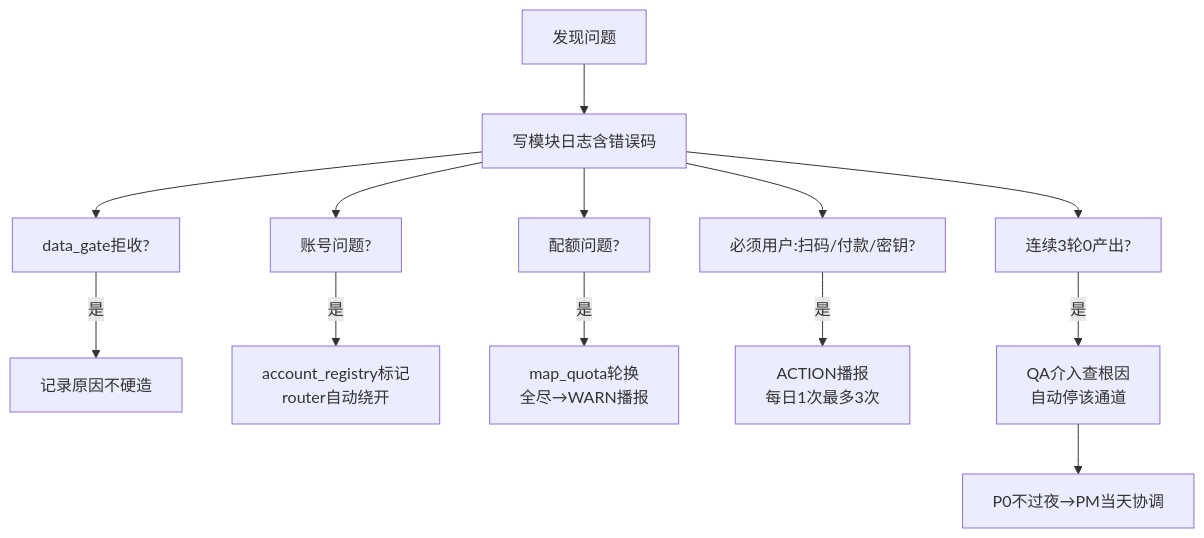
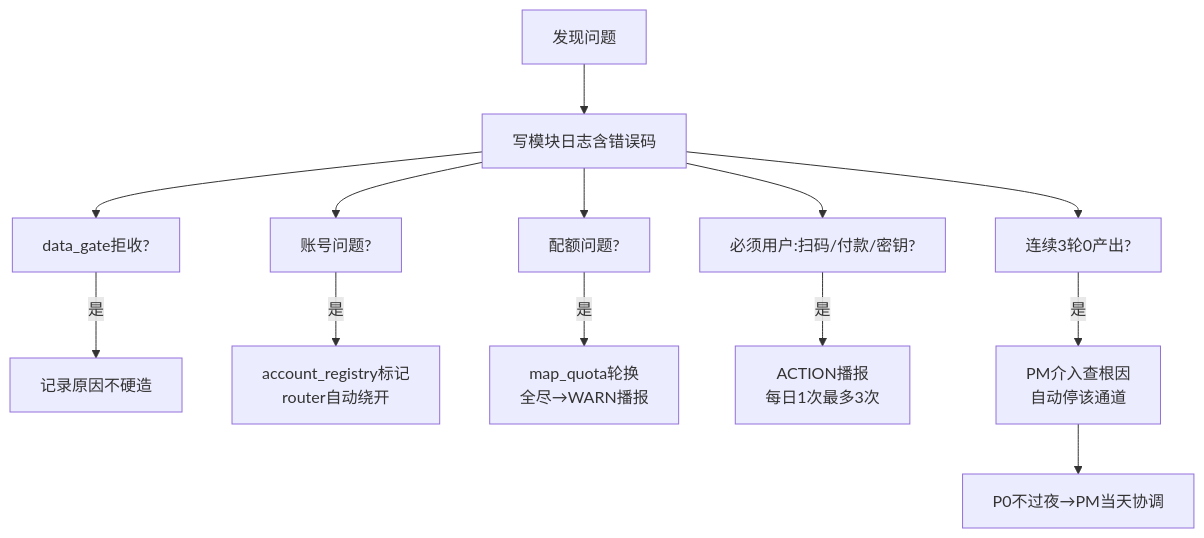
Before and after one commit to huming0018-dot/china-travel-food: the third of 3 diagrams in GOVERNANCE_MASTER.md, drawn with Mermaid. The commit also changed other lines of this file and 11 other files, not shown here.

````diff
--- a/GOVERNANCE_MASTER.md
+++ b/GOVERNANCE_MASTER.md
@@ -149,10 +151,10 @@
 ```mermaid
 flowchart TD
     P[发现问题] --> LOG[写模块日志含错误码]
     LOG --> G[data_gate拒收?] -->|是| R1[记录原因不硬造]
     LOG --> A[账号问题?] -->|是| REG[account_registry标记<br/>router自动绕开]
     LOG --> Q2[配额问题?] -->|是| Q3[map_quota轮换<br/>全尽→WARN播报]
     LOG --> U[必须用户:扫码/付款/密钥?] -->|是| ACT[ACTION播报<br/>每日1次最多3次]
-    LOG --> Z[连续3轮0产出?] -->|是| QA3[QA介入查根因<br/>自动停该通道]
+    LOG --> Z[连续3轮0产出?] -->|是| QA3[PM介入查根因<br/>自动停该通道]
     QA3 --> PM2[P0不过夜→PM当天协调]
 ```
````
